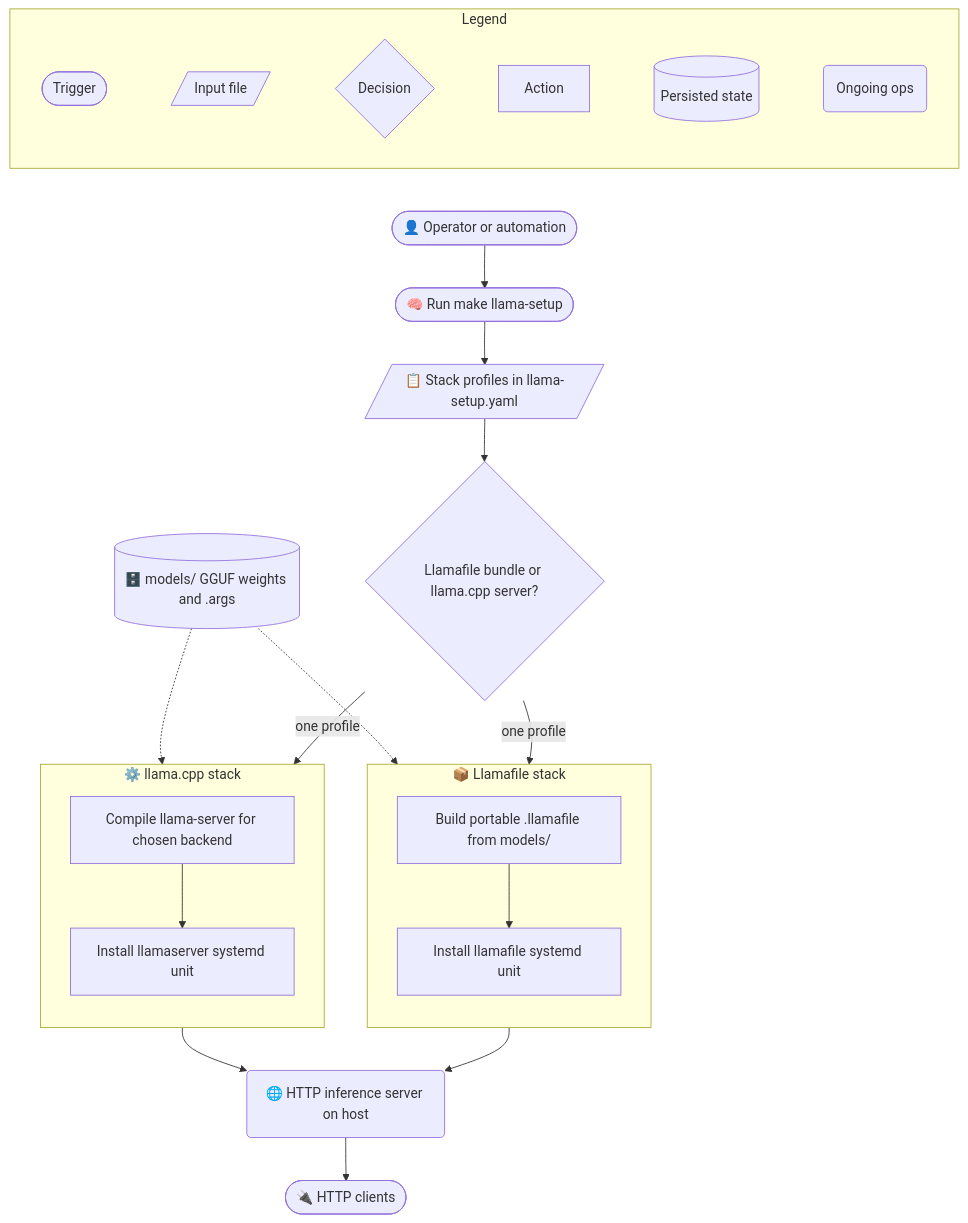
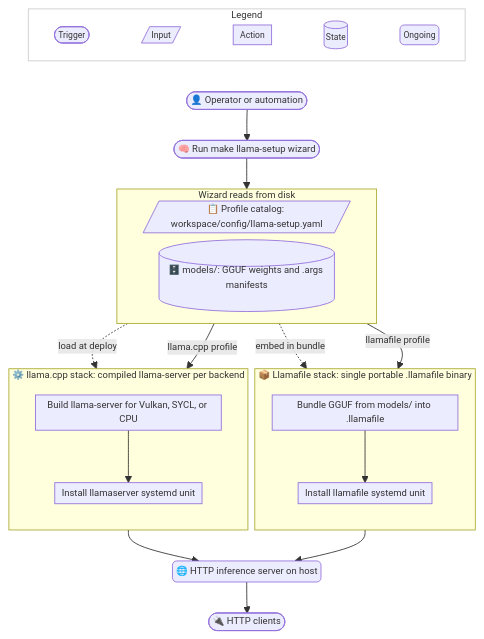
One commit to Independent-AI-Labs/WORKSPACE-VM changed the first of 3 diagrams in README.md. Above: the diagram before and after it, drawn with Mermaid. The commit also changed other lines of this file, not shown here.

First line of the commit message:
docs: refactor README mermaid diagrams and VM workspace sharing

````diff
--- a/README.md
+++ b/README.md
@@ -93,42 +93,48 @@
 ```mermaid
+%%{init: {'flowchart': {'nodeSpacing': 8, 'rankSpacing': 36, 'padding': 4}, 'themeVariables': {'fontSize': '11px'}}}%%
 flowchart TB
   subgraph legend [Legend]
     direction LR
-    legTrigger([Trigger]) ~~~ legInput[/Input file/] ~~~ legDecision{Decision} ~~~ legAction[Action] ~~~ legStore[(Persisted state)] ~~~ legOngoing(Ongoing ops)
+    legTrigger([Trigger]) ~~~ legInput[/Input/] ~~~ legAction[Action] ~~~ legStore[(State)] ~~~ legOngoing(Ongoing)
   end
+  classDef legendItem font-size:10px,stroke-width:1px
+  class legTrigger,legInput,legAction,legStore,legOngoing legendItem
+  style legend fill:transparent,stroke:#ccc,stroke-width:1px
 
   legOngoing ~~~ operator
 
   operator(["👤 Operator or automation"])
-  launch(["🧠 Run make llama-setup"])
-  profiles[/"📋 Stack profiles in llama-setup.yaml"/]
+  launch(["🧠 Run make llama-setup wizard"])
 
-  pick{Llamafile bundle or llama.cpp server?}
+  subgraph diskInputs ["Wizard reads from disk"]
+    direction LR
+    profileConfig[/"📋 Profile catalog: workspace/config/llama-setup.yaml"/]
+    weights[("🗄️ models/: GGUF weights and .args manifests")]
+  end
 
-  subgraph llamafileStack ["📦 Llamafile stack"]
+  subgraph llamafileStack ["📦 Llamafile stack: single portable .llamafile binary"]
     direction TB
-    bundleLf[Build portable .llamafile from models/]
+    bundleLf[Bundle GGUF from models/ into .llamafile]
     deployLf[Install llamafile systemd unit]
     bundleLf --> deployLf
   end
 
-  subgraph llamaCppStack ["⚙️ llama.cpp stack"]
+  subgraph llamaCppStack ["⚙️ llama.cpp stack: compiled llama-server per backend"]
     direction TB
-    buildCpp[Compile llama-server for chosen backend]
+    buildCpp[Build llama-server for Vulkan, SYCL, or CPU]
     deployCpp[Install llamaserver systemd unit]
     buildCpp --> deployCpp
   end
 
-  weights[("🗄️ models/ GGUF weights and .args")]
   server("🌐 HTTP inference server on host")
   clients(["🔌 HTTP clients"])
 
-  operator --> launch --> profiles --> pick
-  pick -->|one profile| llamafileStack
-  pick -->|one profile| llamaCppStack
-  weights -.-> bundleLf
-  weights -.-> buildCpp
+  operator --> launch --> diskInputs
+  profileConfig -->|llamafile profile| llamafileStack
+  profileConfig -->|llama.cpp profile| llamaCppStack
+  weights -.->|embed in bundle| bundleLf
+  weights -.->|load at deploy| buildCpp
   deployLf --> server
   deployCpp --> server
   server --> clients
 ```
````
